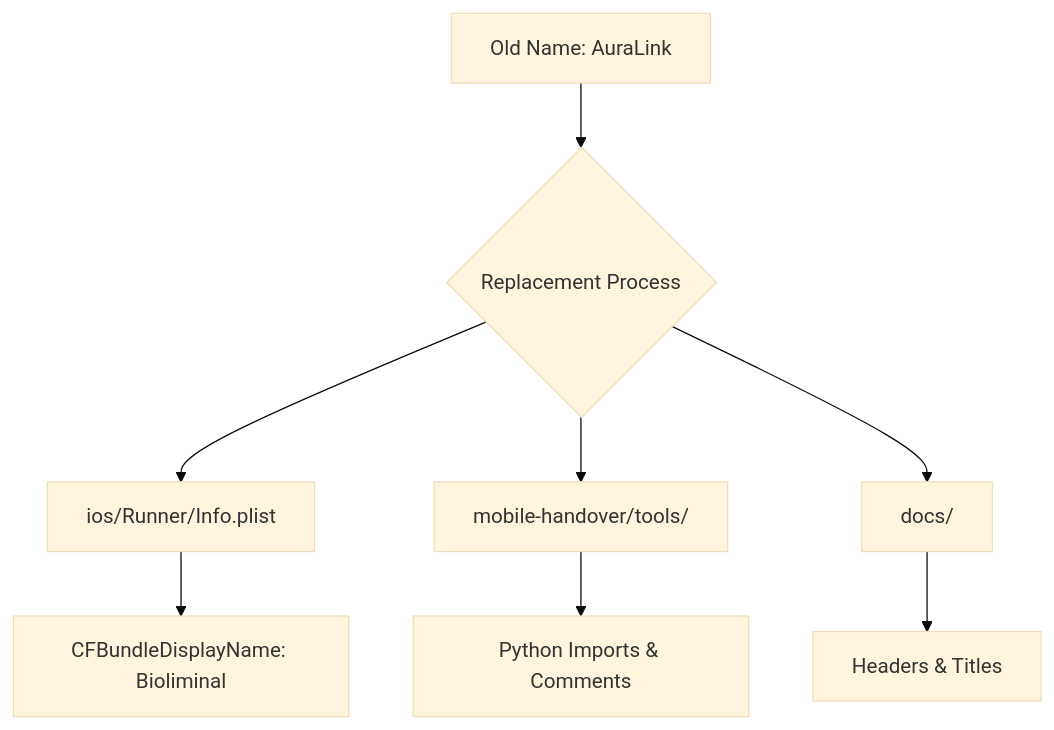
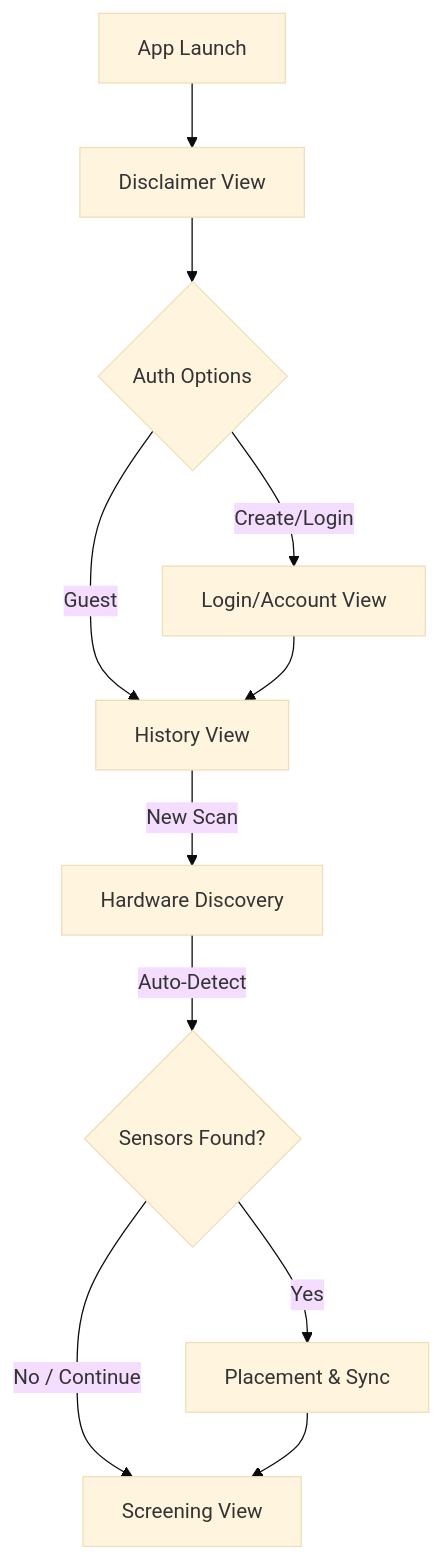
One commit to Bioliminal/bioliminal-mobile-application changed the diagram in MODIFICATION_DESIGN.md. Above: the diagram before and after it, drawn with Mermaid (base theme). The commit also changed other lines of this file and 14 other files, not shown here.

Commit message:
chore: rebrand to Bioliminal and realign onboarding flow

````diff
--- a/MODIFICATION_DESIGN.md
+++ b/MODIFICATION_DESIGN.md
@@ -38,10 +51,13 @@
 ```mermaid
 graph TD
-    A["Old Name: AuraLink"] --> B{Replacement Process}
-    B --> C["ios/Runner/Info.plist"]
-    B --> D["mobile-handover/tools/"]
-    B --> E["docs/"]
-    C --> F["CFBundleDisplayName: Bioliminal"]
-    D --> G["Python Imports & Comments"]
-    E --> H["Headers & Titles"]
+    A[App Launch] --> B[Disclaimer View]
+    B --> C{Auth Options}
+    C -->|Create/Login| D[Login/Account View]
+    C -->|Guest| E[History View]
+    D --> E
+    E -->|New Scan| F[Hardware Discovery]
+    F -->|Auto-Detect| G{Sensors Found?}
+    G -->|Yes| H[Placement & Sync]
+    G -->|No / Continue| I[Screening View]
+    H --> I
 ```
````
